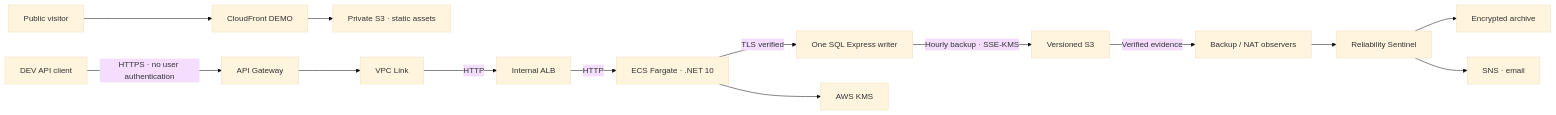
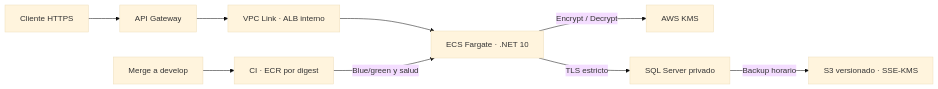
The diagram in README.md (Kendall04/terragrunt_demo), drawn with Mermaid (base theme) before and after one commit. The commit also changed other lines of this file and 328 other files, not shown here.

Commit message:
Separate Sentinel from ECS and refresh the independent architecture atlas

````diff
--- a/README.md
+++ b/README.md
@@ -25,16 +15,11 @@
 ```mermaid
 flowchart LR
-  Visitor[Public visitor] --> CF[CloudFront DEMO]
-  CF --> Static[Private S3 · static assets]
-  Client[DEV API client] -->|HTTPS · no user authentication| Gateway[API Gateway]
-  Gateway --> Link[VPC Link]
-  Link -->|HTTP| ALB[Internal ALB]
-  ALB -->|HTTP| ECS[ECS Fargate · .NET 10]
-  ECS -->|TLS verified| SQL[One SQL Express writer]
-  ECS --> KMS[AWS KMS]
-  SQL -->|Hourly backup · SSE-KMS| Backup[Versioned S3]
-  Observe[Backup / NAT observers] --> Sentinel[Reliability Sentinel]
-  Backup -->|Verified evidence| Observe
-  Sentinel --> Archive[Encrypted archive]
-  Sentinel --> SNS[SNS · email]
+  U[Cliente HTTPS] --> G[API Gateway]
+  G --> V[VPC Link · ALB interno]
+  V --> A[ECS Fargate · .NET 10]
+  A -->|Encrypt / Decrypt| K[AWS KMS]
+  A -->|TLS estricto| S[SQL Server privado]
+  S -->|Backup horario| B[S3 versionado · SSE-KMS]
+  D[Merge a develop] --> C[CI · ECR por digest]
+  C -->|Blue/green y salud| A
 ```
````
